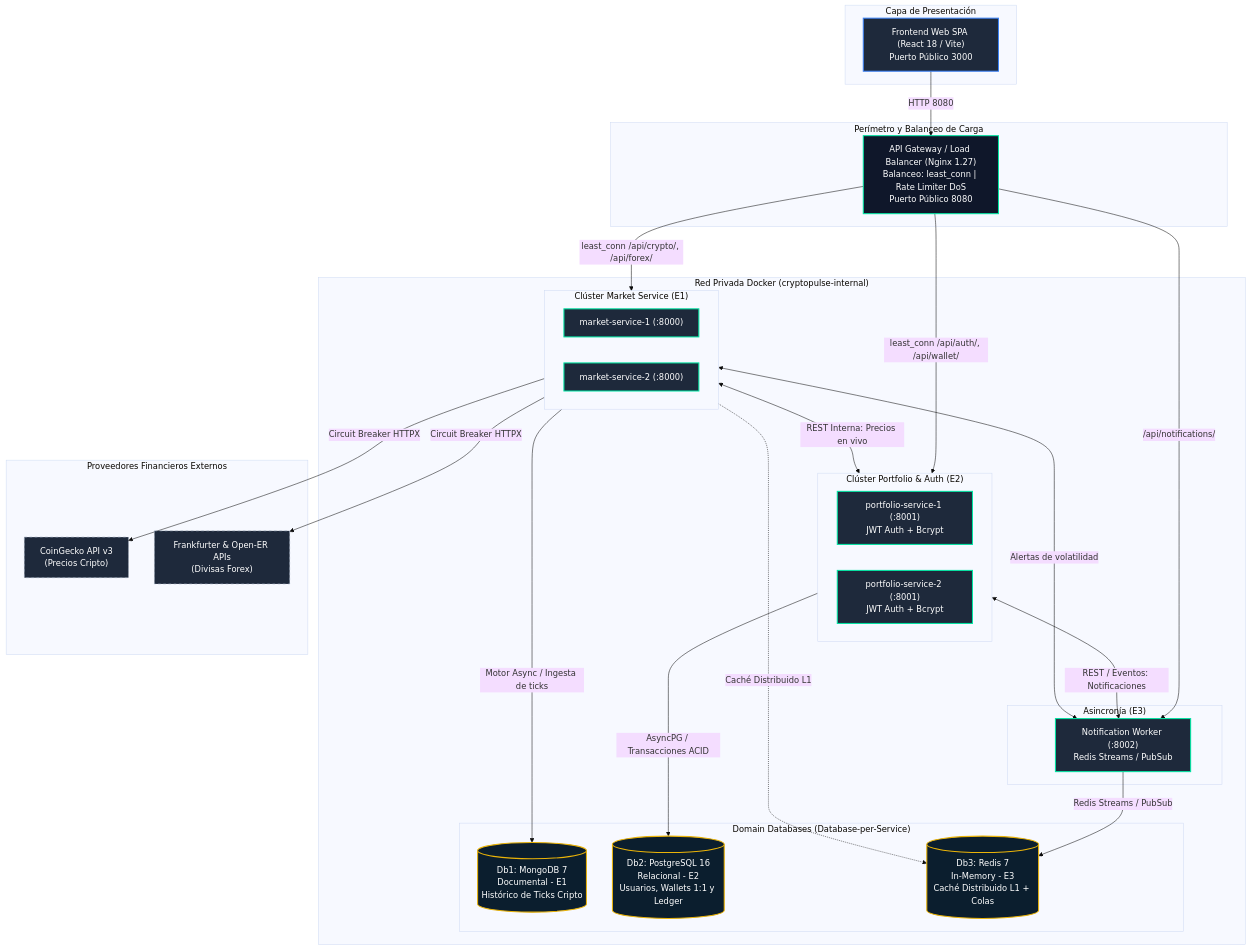
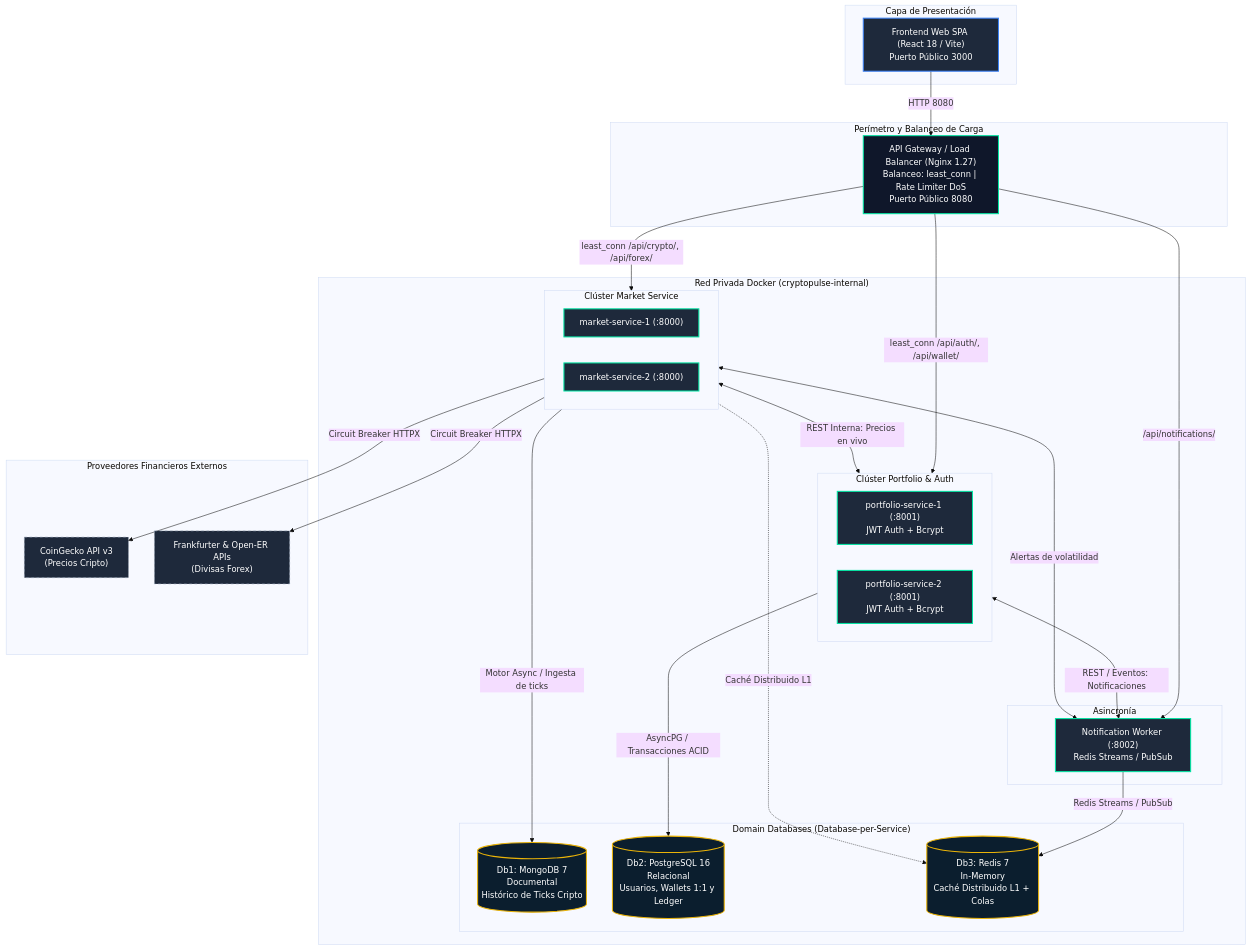
The first of 2 diagrams in docs/ARQUITECTURA.md (SRC-07/CryptoPulse), drawn with Mermaid (base theme) before and after one commit. The commit also changed other lines of this file and 19 other files, not shown here.

````diff
--- a/docs/ARQUITECTURA.md
+++ b/docs/ARQUITECTURA.md
@@ -39,64 +39,64 @@
 ```mermaid
 graph TD
     classDef client fill:#1E293B,stroke:#3B82F6,stroke-width:2px,color:#FFFFFF;
     classDef gateway fill:#0F172A,stroke:#00E5A3,stroke-width:2px,color:#FFFFFF;
     classDef service fill:#1E293B,stroke:#00E5A3,stroke-width:2px,color:#FFFFFF;
     classDef db fill:#0B1E2E,stroke:#EAB308,stroke-width:2px,color:#FFFFFF;
     classDef external fill:#1E293B,stroke:#94A3B8,stroke-dasharray: 5 5,color:#FFFFFF;
 
     subgraph CapaCliente["Capa de Presentación"]
         FE["Frontend Web SPA (React 18 / Vite)<br/>Puerto Público 3000"]:::client
     end
 
     subgraph Perimetro["Perímetro y Balanceo de Carga"]
         GW["API Gateway / Load Balancer (Nginx 1.27)<br/>Balanceo: least_conn | Rate Limiter DoS<br/>Puerto Público 8080"]:::gateway
     end
 
     subgraph RedInterna["Red Privada Docker (cryptopulse-internal)"]
-        subgraph ClusterMarket["Clúster Market Service (E1)"]
+        subgraph ClusterMarket["Clúster Market Service"]
             M1["market-service-1 (:8000)"]:::service
             M2["market-service-2 (:8000)"]:::service
         end
 
-        subgraph ClusterPortfolio["Clúster Portfolio & Auth (E2)"]
+        subgraph ClusterPortfolio["Clúster Portfolio & Auth"]
             P1["portfolio-service-1 (:8001)<br/>JWT Auth + Bcrypt"]:::service
             P2["portfolio-service-2 (:8001)<br/>JWT Auth + Bcrypt"]:::service
         end
 
-        subgraph WorkerService["Asincronía (E3)"]
+        subgraph WorkerService["Asincronía"]
             NW["Notification Worker (:8002)<br/>Redis Streams / PubSub"]:::service
         end
 
         subgraph Almacenes["Domain Databases (Database-per-Service)"]
-            DB1[("Db1: MongoDB 7<br/>Documental - E1<br/>Histórico de Ticks Cripto")]:::db
-            DB2[("Db2: PostgreSQL 16<br/>Relacional - E2<br/>Usuarios, Wallets 1:1 y Ledger")]:::db
-            DB3[("Db3: Redis 7<br/>In-Memory - E3<br/>Caché Distribuido L1 + Colas")]:::db
+            DB1[("Db1: MongoDB 7<br/>Documental<br/>Histórico de Ticks Cripto")]:::db
+            DB2[("Db2: PostgreSQL 16<br/>Relacional<br/>Usuarios, Wallets 1:1 y Ledger")]:::db
+            DB3[("Db3: Redis 7<br/>In-Memory<br/>Caché Distribuido L1 + Colas")]:::db
         end
     end
 
     subgraph Externas["Proveedores Financieros Externos"]
         CG["CoinGecko API v3<br/>(Precios Cripto)"]:::external
         FX["Frankfurter & Open-ER APIs<br/>(Divisas Forex)"]:::external
     end
 
     %% Enrutamiento y Balanceo de Carga
     FE -->|HTTP 8080| GW
     GW -->|least_conn /api/crypto/, /api/forex/| ClusterMarket
     GW -->|least_conn /api/auth/, /api/wallet/| ClusterPortfolio
     GW -->|/api/notifications/| NW
 
     %% Comunicación Inter-Servicios REST
     ClusterMarket <-->|REST Interna: Precios en vivo| ClusterPortfolio
     ClusterPortfolio <-->|REST / Eventos: Notificaciones| NW
     ClusterMarket <-->|Alertas de volatilidad| NW
 
     %% Conexiones directas a Bases de Datos
     ClusterMarket -->|Motor Async / Ingesta de ticks| DB1
     ClusterPortfolio -->|AsyncPG / Transacciones ACID| DB2
     NW -->|Redis Streams / PubSub| DB3
     ClusterMarket -.->|Caché Distribuido L1| DB3
 
     %% Conexión resiliente a APIs externas
     ClusterMarket -->|Circuit Breaker HTTPX| CG
     ClusterMarket -->|Circuit Breaker HTTPX| FX
 ```
````
